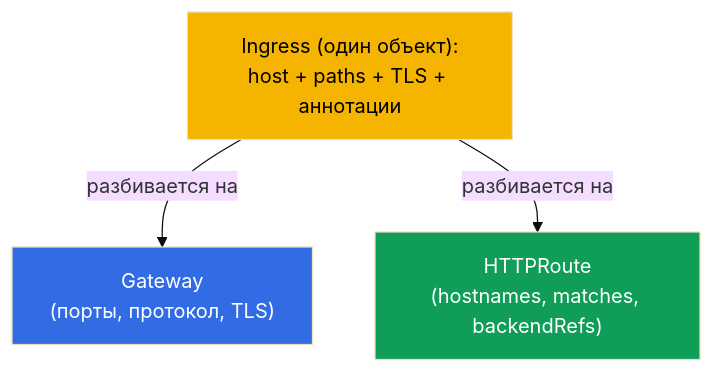
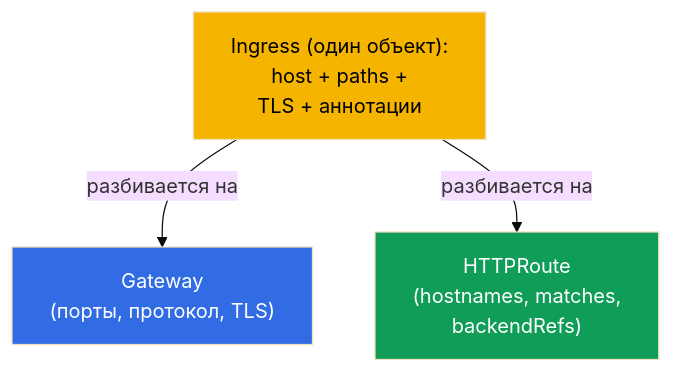
One commit to ViktorUJ/cks changed the seventh of 8 diagrams in tasks/cka/course/33/ru.md. Above: the diagram before and after it, drawn with Mermaid (base theme). The commit also changed other lines of this file and 30 other files, not shown here.

````diff
--- a/tasks/cka/course/33/ru.md
+++ b/tasks/cka/course/33/ru.md
@@ -228,9 +211,9 @@
 ```mermaid
 flowchart TB
-    ing["Ingress (один объект):<br>host + paths + TLS + аннотации"]
+    ing["Ingress (один объект):<br>host + paths +<br>TLS + аннотации"]
     ing -->|"разбивается на"| gw["Gateway<br>(порты, протокол, TLS)"]
-    ing -->|"разбивается на"| rt["HTTPRoute<br>(hostnames, matches, backendRefs)"]
+    ing -->|"разбивается на"| rt["HTTPRoute<br>(hostnames, matches,<br>backendRefs)"]
     style ing fill:#f4b400,color:#000
     style gw fill:#326ce5,color:#fff
     style rt fill:#0f9d58,color:#fff
 ```
````
